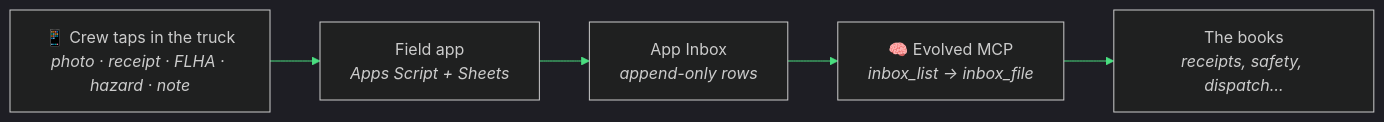
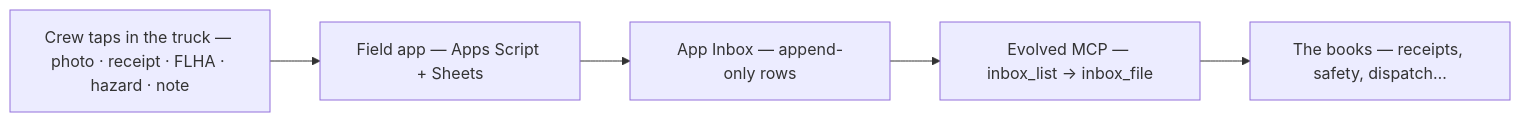
The diagram in docs/FIELD-APP.md (kr8tiv-ai/evolved), drawn with Mermaid before and after one commit. The commit also changed 6 other files, not shown here.

Commit message:
Docs: GitHub-safe mermaid across all 5 diagrams + reconcile 20->25 tab counts everywhere

````diff
--- a/docs/FIELD-APP.md
+++ b/docs/FIELD-APP.md
@@ -15,8 +15,7 @@
 ```mermaid
-%%{init: {"theme": "dark", "themeVariables": {"primaryColor": "#101010", "primaryBorderColor": "#4ade80", "primaryTextColor": "#f3f4f6", "lineColor": "#4ade80", "fontFamily": "Segoe UI"}}}%%
 flowchart LR
-    W["📱 Crew taps in the truck<br><i>photo · receipt · FLHA · hazard · note</i>"] --> APP["Field app<br><i>Apps Script + Sheets</i>"]
-    APP --> INBOX["App Inbox<br><i>append-only rows</i>"]
-    INBOX --> MCP["🧠 Evolved MCP<br><i>inbox_list → inbox_file</i>"]
-    MCP --> BOOKS["The books<br><i>receipts, safety, dispatch…</i>"]
+    W["Crew taps in the truck — photo · receipt · FLHA · hazard · note"] --> APP["Field app — Apps Script + Sheets"]
+    APP --> INBOX["App Inbox — append-only rows"]
+    INBOX --> MCP["Evolved MCP — inbox_list → inbox_file"]
+    MCP --> BOOKS["The books — receipts, safety, dispatch…"]
 ```
````
